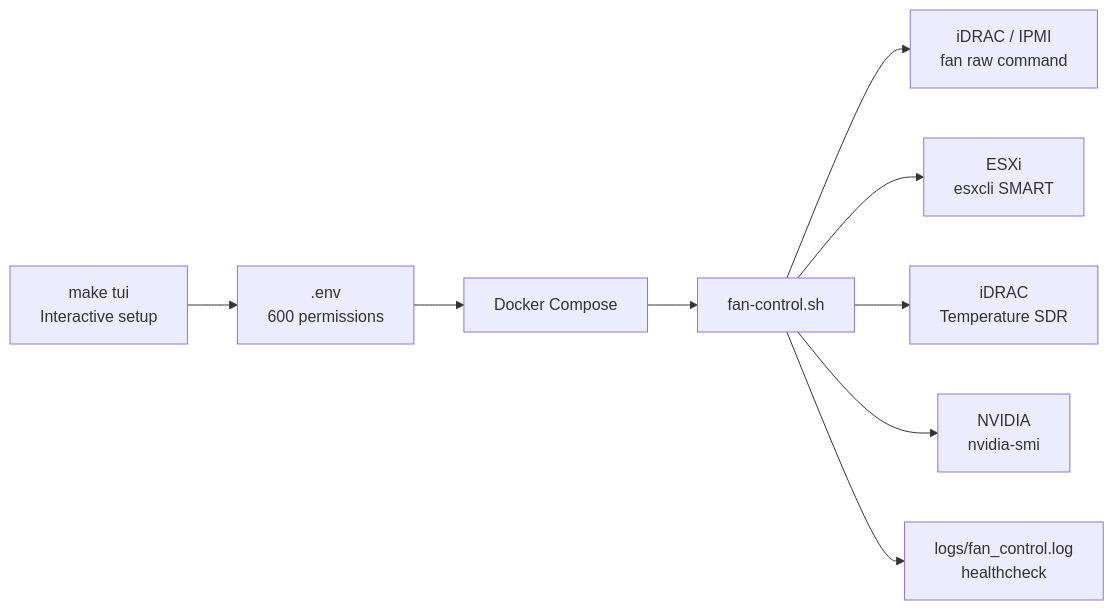
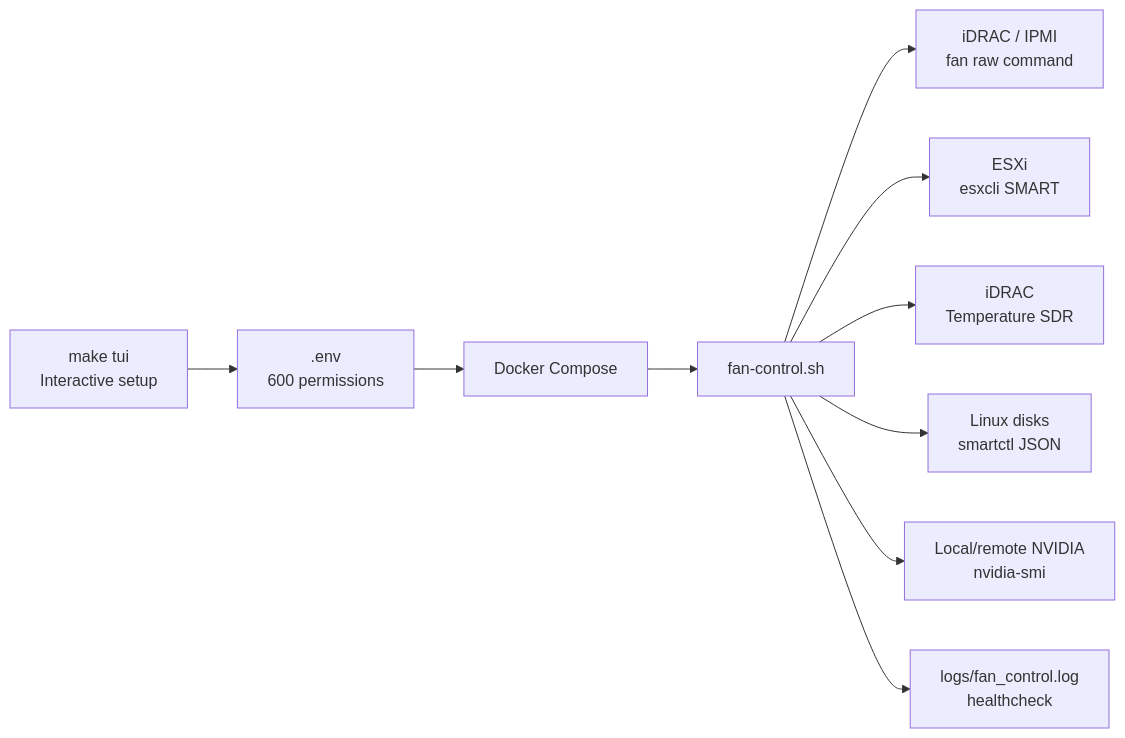
Before and after one commit to DF-wu/iDRACFanSpeedControl: the first of 3 diagrams in README.md, drawn with Mermaid. The commit also changed other lines of this file and 12 other files, not shown here.

First line of the commit message:
feat: normalize temperature sources and add Linux disk support (#4)

````diff
--- a/README.md
+++ b/README.md
@@ -16,11 +16,12 @@
 ```mermaid
 flowchart LR
     TUI[make tui\nInteractive setup] --> ENV[.env\n600 permissions]
     ENV --> COMPOSE[Docker Compose]
     COMPOSE --> CTRL[fan-control.sh]
     CTRL --> IPMI[iDRAC / IPMI\nfan raw command]
     CTRL --> ESXI[ESXi\nesxcli SMART]
     CTRL --> SDR[iDRAC\nTemperature SDR]
-    CTRL --> GPU[NVIDIA\nnvidia-smi]
+    CTRL --> DISK[Linux disks\nsmartctl JSON]
+    CTRL --> GPU[Local/remote NVIDIA\nnvidia-smi]
     CTRL --> LOG[logs/fan_control.log\nhealthcheck]
 ```
````
